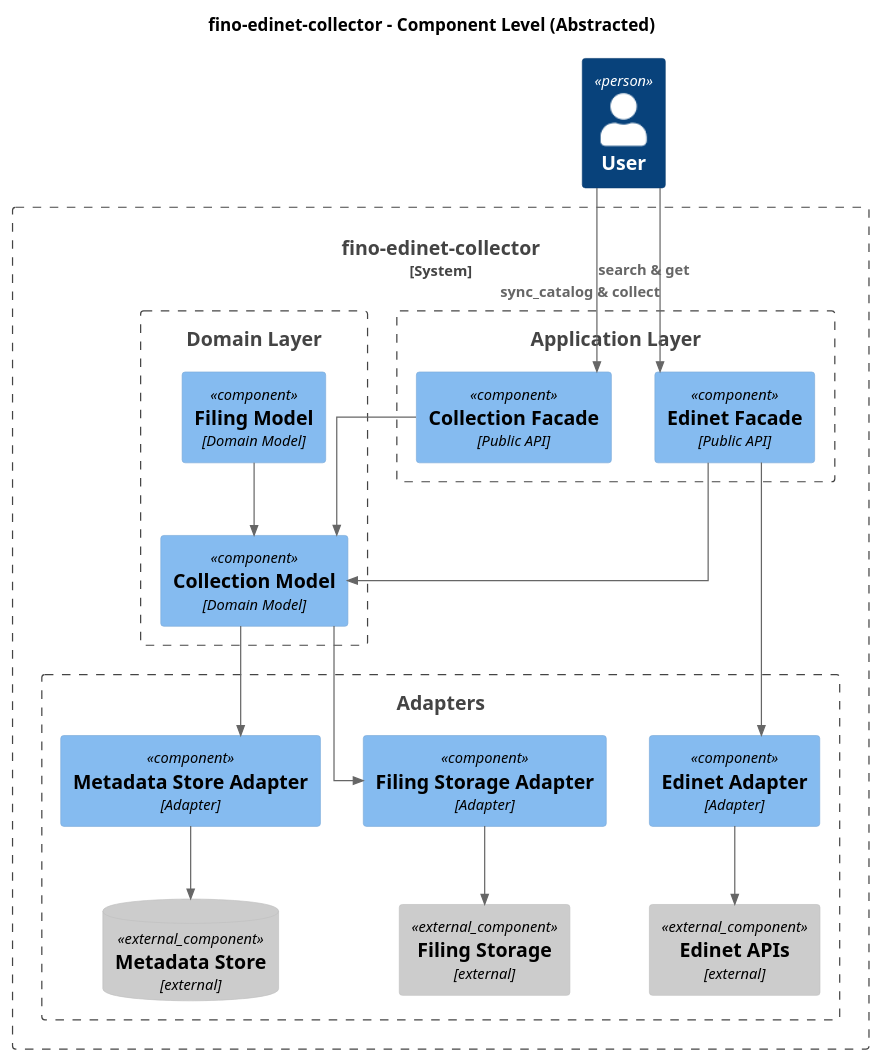
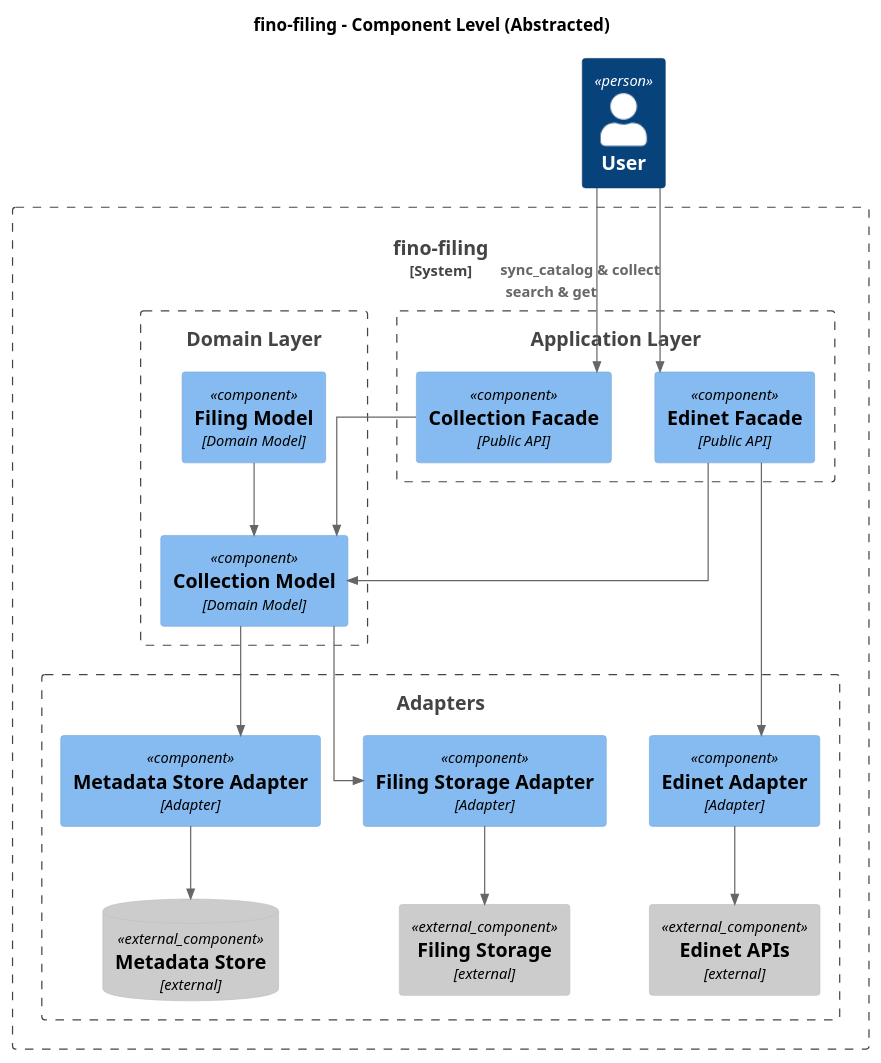
One commit to fino-dev/fino-filing changed the diagram in docs/design/components.puml. Above: the diagram before and after it, drawn with PlantUML. The commit also changed 4 other files, not shown here.

```diff
--- a/docs/design/components.puml
+++ b/docs/design/components.puml
@@ -1,56 +1,56 @@
-@startuml fino-edinet-collector - Component Level
-title fino-edinet-collector - Component Level (Abstracted)
+@startuml fino-filing - Component Level
+title fino-filing - Component Level (Abstracted)
 
 !include <C4/C4_Container>
 !include <C4/C4_Component>
 
 Person(user, "User")
 
-System_Boundary(system, "fino-edinet-collector") {
+System_Boundary(system, "fino-filing") {
 
     Boundary(application_boundary, "Application Layer") {
         Component(edinet, "Edinet Facade", "Public API")
         Component(collection, "Collection Facade", "Public API")
     }
 
     Boundary(domain_boundary, "Domain Layer") {
         Component(collection_model, "Collection Model", "Domain Model")
         Component(filing_model, "Filing Model", "Domain Model")
     }
 
     Boundary(adapter_boundary, "Adapters") {
         Component(edinet_adapter, "Edinet Adapter", "Adapter")
         Component(storage_adapter, "Filing Storage Adapter", "Adapter")
         Component(metadata_adapter, "Metadata Store Adapter", "Adapter")
 
         Component_Ext(edinet_api, "Edinet APIs", "external")
         Component_Ext(filing_storage, "Filing Storage", "external")
         ComponentDb_Ext(metadata_store, "Metadata Store", "external")
     }
 
     ' User interactions
     Rel(user, edinet, "sync_catalog & collect")
     Rel(user, collection, "search & get")
 
     ' Application to Domain
     Rel(edinet, collection_model, "")
     Rel(collection, collection_model, "")
 
     ' Application to Adapter
     Rel(edinet, edinet_adapter, "")
 
     ' domain to domain
     Rel(filing_model, collection_model, "")
 
     ' Domain to Adapter
     Rel(collection_model, storage_adapter, "")
     Rel(collection_model, metadata_adapter, "")
 
     ' Adapter to external
     Rel(edinet_adapter, edinet_api, "")
     Rel(storage_adapter, filing_storage, "")
     Rel(metadata_adapter, metadata_store, "")
 }
 
 skinparam linetype ortho
 @enduml
```
